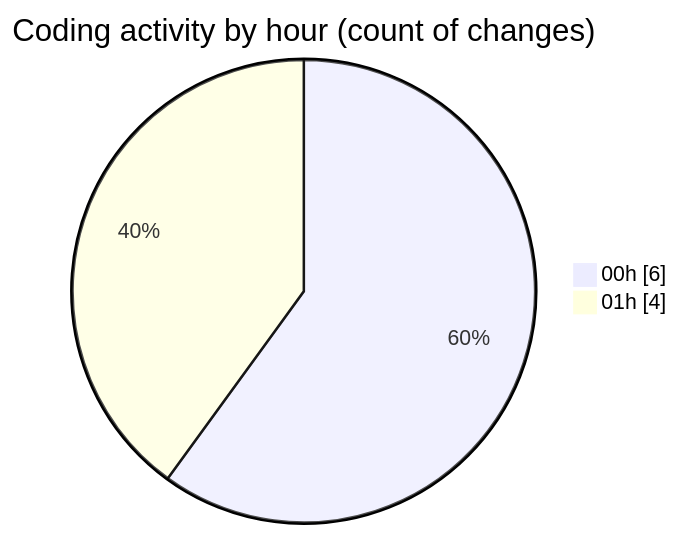
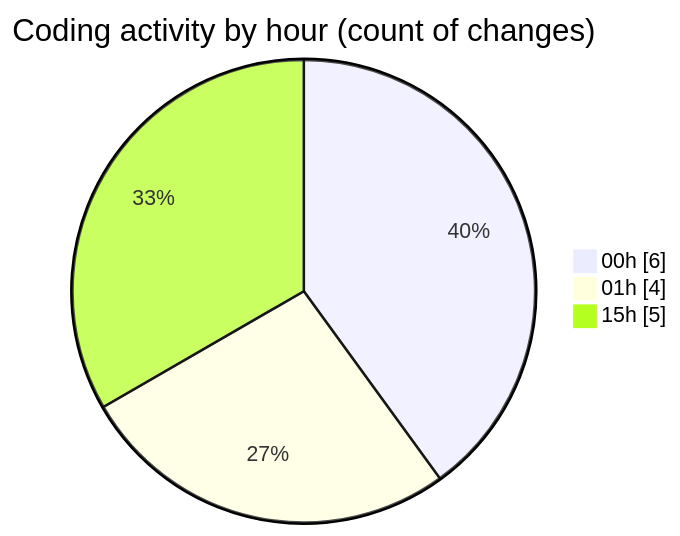
One commit to Netris89/code-tracking changed the second of 2 diagrams in 2025-04-27/date/README.md. Above: the diagram before and after it, drawn with Mermaid. The commit also changed other lines of this file and 1 other file, not shown here.

````diff
--- a/2025-04-27/date/README.md
+++ b/2025-04-27/date/README.md
@@ -30,6 +30,7 @@
 ```mermaid
 pie showData
 title Coding activity by hour (count of changes)
 "00h" : 6
 "01h" : 4
+"15h" : 5
 ```
````
